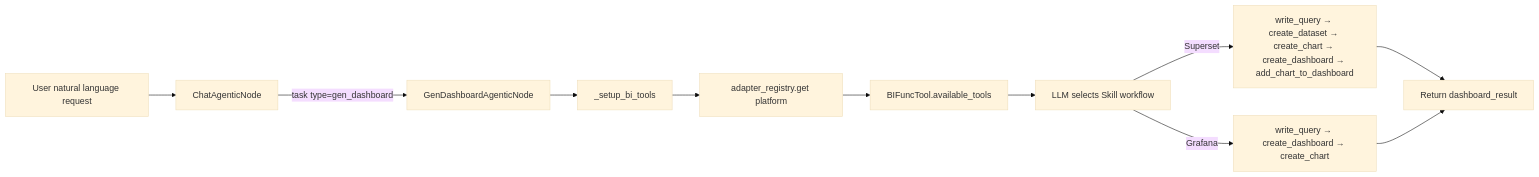
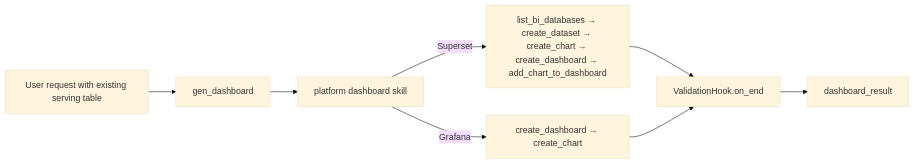
Before and after one commit to astenir/datus: the diagram in datus-agent/docs/subagent/gen_dashboard.md, drawn with Mermaid (base theme). The commit also changed other lines of this file and 69 other files, not shown here.

````diff
--- a/datus-agent/docs/subagent/gen_dashboard.md
+++ b/datus-agent/docs/subagent/gen_dashboard.md
@@ -36,13 +42,10 @@
 ```mermaid
 graph LR
-    A[User natural language request] --> B[ChatAgenticNode]
-    B -->|task type=gen_dashboard| C[GenDashboardAgenticNode]
-    C --> D[_setup_bi_tools]
-    D --> E[adapter_registry.get platform]
-    E --> F[BIFuncTool.available_tools]
-    F --> G[LLM selects Skill workflow]
-    G -->|Superset| H[write_query → create_dataset → create_chart → create_dashboard → add_chart_to_dashboard]
-    G -->|Grafana| I[write_query → create_dashboard → create_chart]
-    H --> J[Return dashboard_result]
-    I --> J
+    A[User request with existing serving table] --> B[gen_dashboard]
+    B --> C[platform dashboard skill]
+    C -->|Superset| I[list_bi_databases → create_dataset → create_chart → create_dashboard → add_chart_to_dashboard]
+    C -->|Grafana| J[create_dashboard → create_chart]
+    I --> K[ValidationHook.on_end]
+    J --> K
+    K --> L[dashboard_result]
 ```
````
